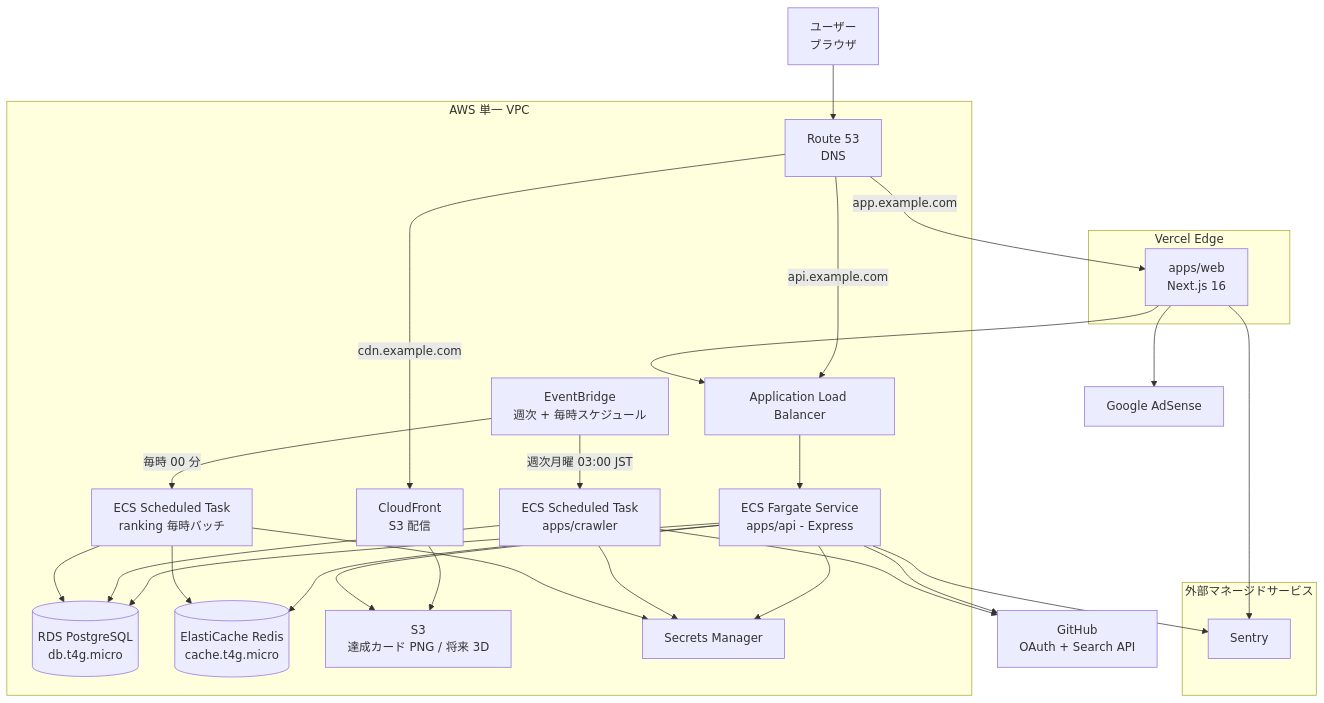
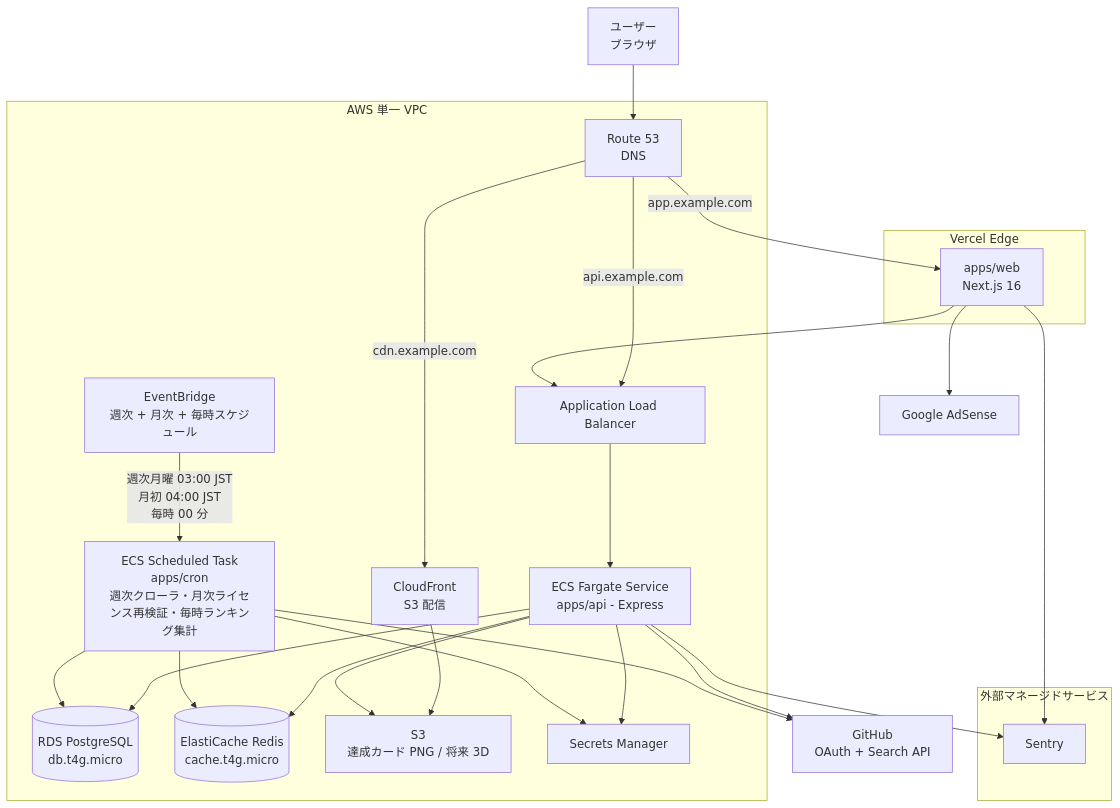
Before and after one commit to kentakki416/typing-royale: the diagram in docs/infra.md, drawn with Mermaid. The commit also changed other lines of this file and 18 other files, not shown here.

First line of the commit message:
refactor: apps/crawler を apps/cron にリネームし実体に揃える

````diff
--- a/docs/infra.md
+++ b/docs/infra.md
@@ -63,56 +63,52 @@
 ```mermaid
 flowchart TB
     User[ユーザー<br/>ブラウザ]
     Github[GitHub<br/>OAuth + Search API]
     AdSense[Google AdSense]
 
     subgraph Vercel[Vercel Edge]
         Web[apps/web<br/>Next.js 16]
     end
 
     subgraph AWS[AWS 単一 VPC]
         Route53[Route 53<br/>DNS]
         ALB[Application Load Balancer]
         ECSApi[ECS Fargate Service<br/>apps/api - Express]
-        ECSCrawler[ECS Scheduled Task<br/>apps/crawler]
-        ECSBatch[ECS Scheduled Task<br/>ranking 毎時バッチ]
-        EventBridge[EventBridge<br/>週次 + 毎時スケジュール]
+        ECSCron[ECS Scheduled Task<br/>apps/cron<br/>週次クローラ・月次ライセンス再検証・毎時ランキング集計]
+        EventBridge[EventBridge<br/>週次 + 月次 + 毎時スケジュール]
         RDS[(RDS PostgreSQL<br/>db.t4g.micro)]
         Redis[(ElastiCache Redis<br/>cache.t4g.micro)]
         S3[S3<br/>達成カード PNG / 将来 3D]
         CloudFront[CloudFront<br/>S3 配信]
         Secrets[Secrets Manager]
     end
 
     subgraph External[外部マネージドサービス]
         Sentry[Sentry]
     end
 
     User --> Route53
     Route53 -->|app.example.com| Web
     Route53 -->|api.example.com| ALB
     Route53 -->|cdn.example.com| CloudFront
     ALB --> ECSApi
     CloudFront --> S3
 
     Web --> ALB
     Web --> AdSense
     ECSApi --> RDS
     ECSApi --> Redis
     ECSApi --> S3
     ECSApi --> Github
 
-    EventBridge -->|週次月曜 03:00 JST| ECSCrawler
-    EventBridge -->|毎時 00 分| ECSBatch
-    ECSCrawler --> Github
-    ECSCrawler --> RDS
-    ECSBatch --> RDS
-    ECSBatch --> Redis
+    EventBridge -->|週次月曜 03:00 JST<br/>月初 04:00 JST<br/>毎時 00 分| ECSCron
+    ECSCron --> Github
+    ECSCron --> RDS
+    ECSCron --> Redis
 
     ECSApi --> Secrets
-    ECSCrawler --> Secrets
-    ECSBatch --> Secrets
+    ECSCron --> Secrets
 
     ECSApi --> Sentry
     Web --> Sentry
 ```
````
